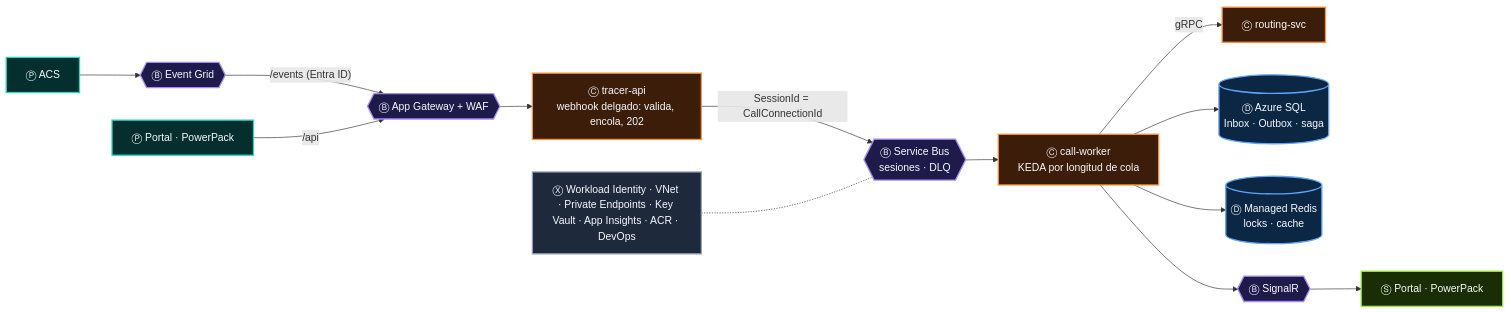
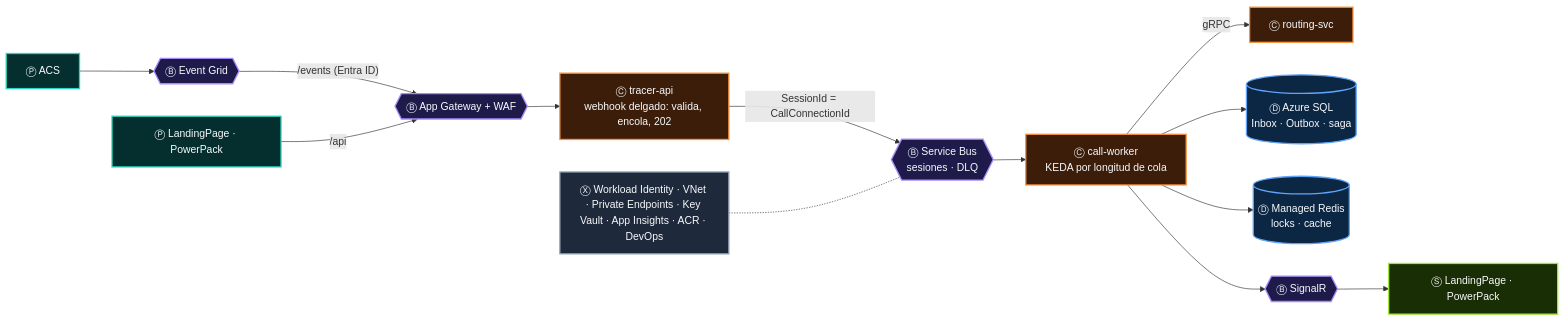
Before and after one commit to CristianSifuentes/QuickTheoryNET: the second of 2 diagrams in docs/14-caso-tracer.md, drawn with Mermaid. The commit also changed other lines of this file and 23 other files, not shown here.

First line of the commit message:
Rename the Portal project to LandingPage

````diff
--- a/docs/14-caso-tracer.md
+++ b/docs/14-caso-tracer.md
@@ -121,20 +121,20 @@
 ```mermaid
 flowchart LR
     ACS["Ⓟ ACS"]:::P --> EG{{"Ⓑ Event Grid"}}:::B
     EG -->|"/events (Entra ID)"| AGW{{"Ⓑ App Gateway + WAF"}}:::B
-    WEB["Ⓟ Portal · PowerPack"]:::P -->|"/api"| AGW
+    WEB["Ⓟ LandingPage · PowerPack"]:::P -->|"/api"| AGW
     AGW --> API["Ⓒ tracer-api<br/>webhook delgado: valida, encola, 202"]:::C
     API -->|"SessionId = CallConnectionId"| SB{{"Ⓑ Service Bus<br/>sesiones · DLQ"}}:::B
     SB --> WK["Ⓒ call-worker<br/>KEDA por longitud de cola"]:::C
     WK -->|"gRPC"| RT["Ⓒ routing-svc"]:::C
     WK --> SQL[("Ⓓ Azure SQL<br/>Inbox · Outbox · saga")]:::D
     WK --> RD[("Ⓓ Managed Redis<br/>locks · cache")]:::D
-    WK --> SR{{"Ⓑ SignalR"}}:::B --> UI["Ⓢ Portal · PowerPack"]:::S
+    WK --> SR{{"Ⓑ SignalR"}}:::B --> UI["Ⓢ LandingPage · PowerPack"]:::S
     X["Ⓧ Workload Identity · VNet · Private Endpoints · Key Vault · App Insights · ACR · DevOps"]:::X -.- SB
     classDef P fill:#042F2E,stroke:#2DD4BF,color:#F8FAFC,stroke-width:2px
     classDef B fill:#1E1B4B,stroke:#A78BFA,color:#F8FAFC,stroke-width:2px
     classDef C fill:#3B1D0A,stroke:#FB923C,color:#F8FAFC,stroke-width:2px
     classDef D fill:#0C2744,stroke:#60A5FA,color:#F8FAFC,stroke-width:2px
     classDef S fill:#1A2E05,stroke:#A3E635,color:#F8FAFC,stroke-width:2px
     classDef X fill:#1E293B,stroke:#94A3B8,color:#F8FAFC,stroke-width:2px
 ```
````
